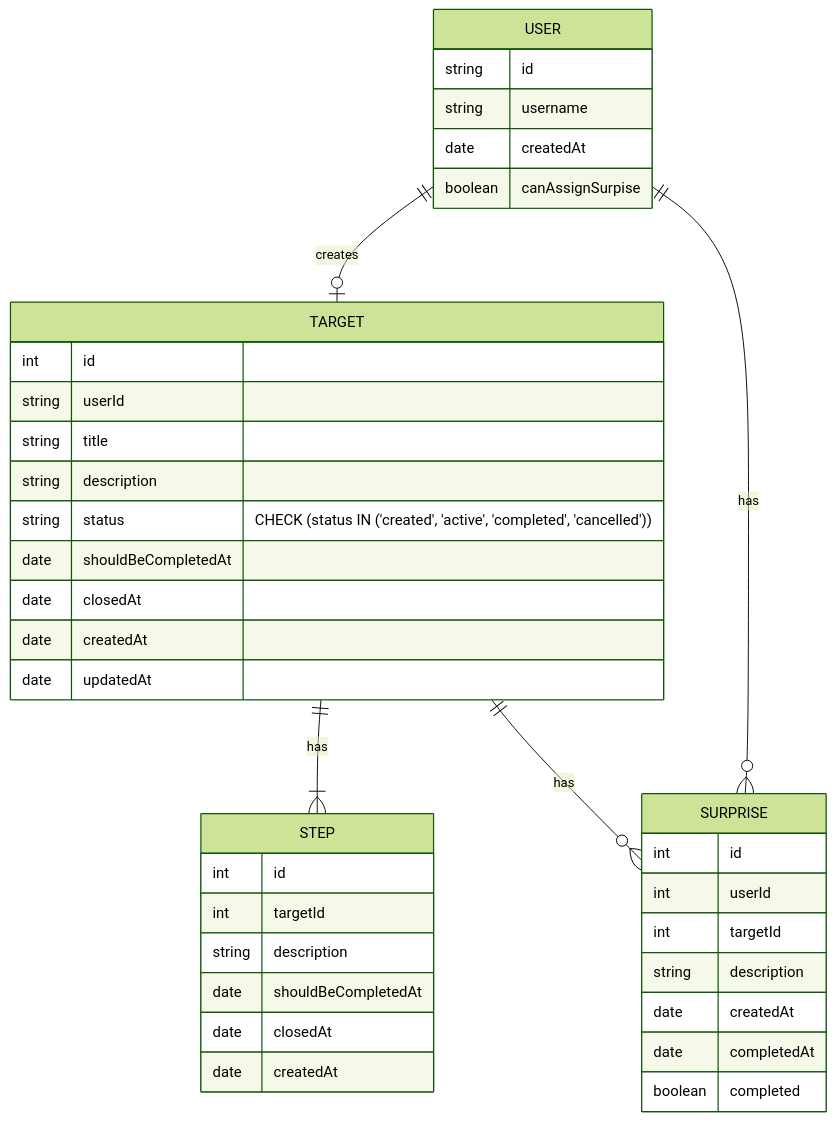
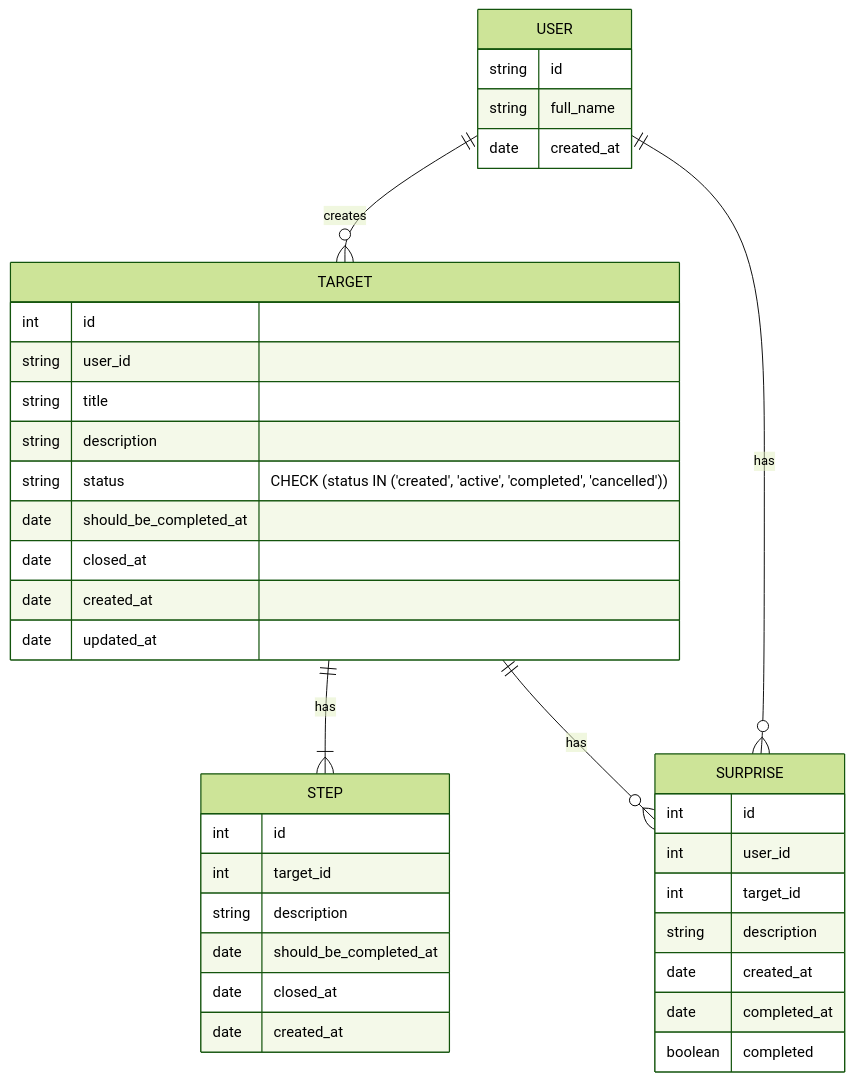
Before and after one commit to alexanderKaramushko/goals-service: the diagram in README.md, drawn with Mermaid (forest theme). The commit also changed other lines of this file and 1 other file, not shown here.

````diff
--- a/README.md
+++ b/README.md
@@ -74,42 +74,41 @@
 ```mermaid
 erDiagram
     USER {
       string id
-      string username
-      date createdAt
-      boolean canAssignSurpise
+      string full_name
+      date created_at
     }
     TARGET {
       int id
-      string userId
+      string user_id
       string title
       string description
       string status "CHECK (status IN ('created', 'active', 'completed', 'cancelled'))"
-      date shouldBeCompletedAt
-      date closedAt
-      date createdAt
-      date updatedAt
+      date should_be_completed_at
+      date closed_at
+      date created_at
+      date updated_at
     }
     STEP {
       int id
-      int targetId
+      int target_id
       string description
-      date shouldBeCompletedAt
-      date closedAt
-      date createdAt
+      date should_be_completed_at
+      date closed_at
+      date created_at
     }
     SURPRISE {
       int id
-      int userId
-      int targetId
+      int user_id
+      int target_id
       string description
-      date createdAt
-      date completedAt
+      date created_at
+      date completed_at
       boolean completed
     }
 
-    USER ||--o| TARGET : creates
+    USER ||--o{ TARGET : creates
     TARGET ||--|{ STEP : has
     TARGET ||--o{ SURPRISE : has
     USER ||--o{ SURPRISE : has
 ```
````
